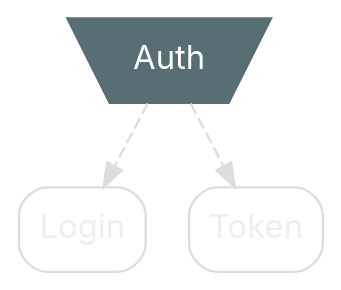
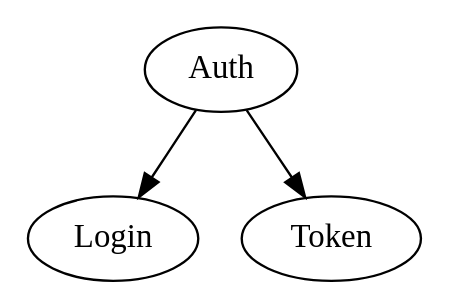
One commit to nrinaudo/optics-from-the-ground-up changed the diagram in src/graphviz/auth-1.dot. Above: the diagram before and after it, drawn with Graphviz. The commit also changed 24 other files, not shown here.

Commit message:
Rework diagrams to use stylesheets

```diff
--- a/src/graphviz/auth-1.dot
+++ b/src/graphviz/auth-1.dot
@@ -1,18 +1,9 @@
 digraph {
-    bgcolor=transparent
+    auth[label=Auth class="sum"]
 
-    // Default theme
-    node[shape="rectangle" style="rounded,filled" color="#586E75" fillcolor="#ffffff" fontcolor="#586E75" fontname="Inter,Arial"]
-    edge[color="#586E75" fontcolor="#586E75" fontname="Inter,Arial" fontsize=11]
+    login[label=Login class="disabled"]
+    token[label=Token class="disabled"]
 
-    // sum types
-    auth[shape=invtrapezium, style=filled fontcolor="#FFFFFF" fillcolor="#586E75"]
-
-    auth[label=Auth]
-
-    login[label=Login color="#dddddd" fontcolor="#eeeeee"]
-    token[label=Token color="#dddddd" fontcolor="#eeeeee"]
-
-    auth -> token[style=dashed color="#dddddd" fontcolor="#dddddd"]
-    auth -> login[style=dashed color="#dddddd" fontcolor="#dddddd"]
+    auth -> token[class="value,disabled"]
+    auth -> login[class="value,disabled"]
 }
```
